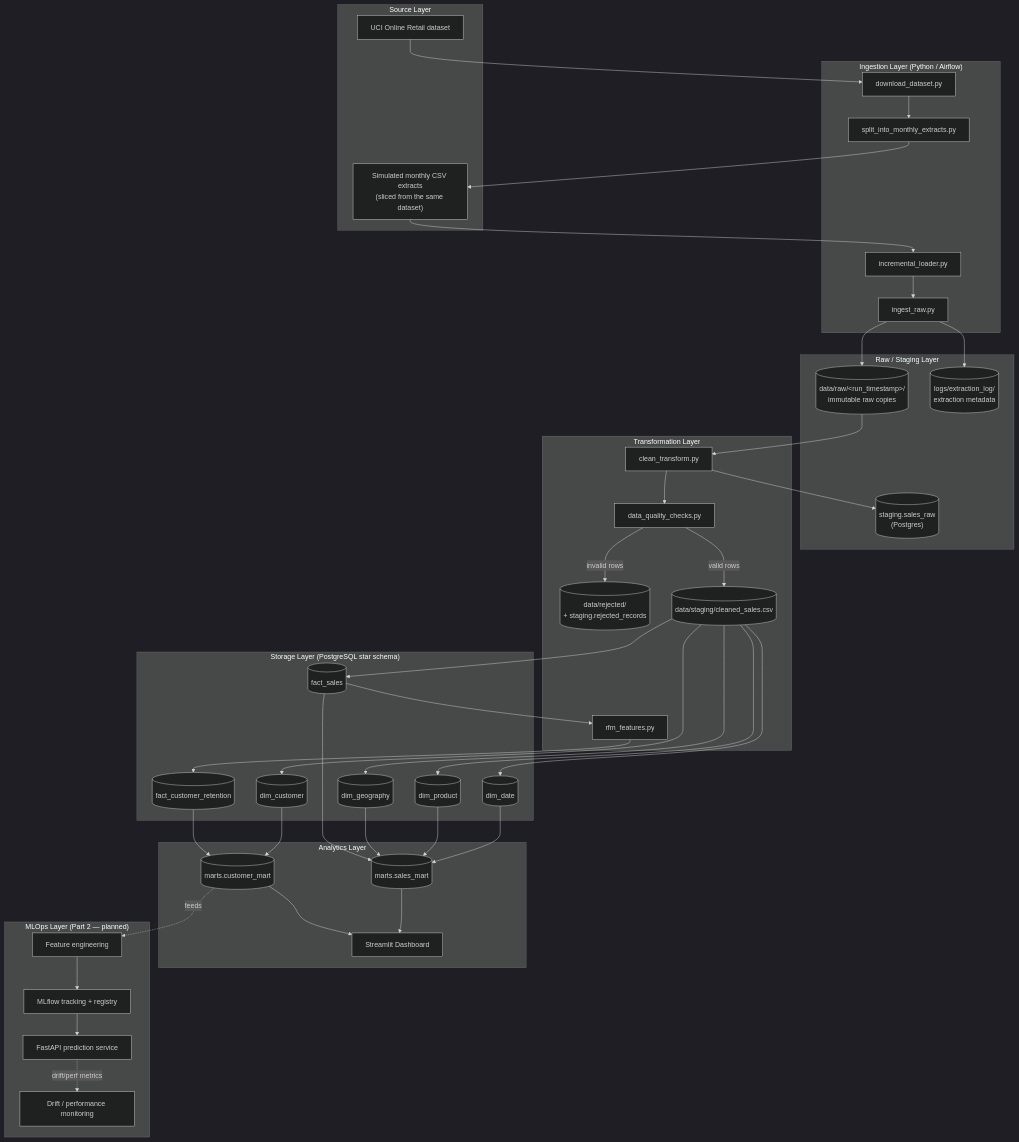
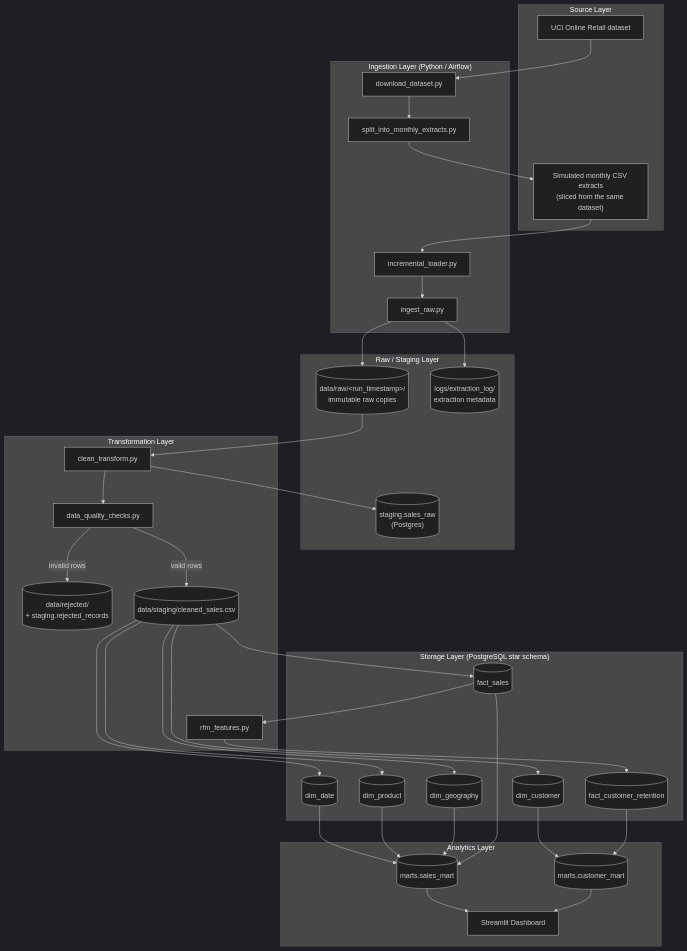
Before and after one commit to Shashank101-aiml/ecommerce-intelligence-platform: the first of 2 diagrams in docs/architecture_diagram.md, drawn with Mermaid (dark theme). The commit also changed other lines of this file and 4 other files, not shown here.

First line of the commit message:
Document Part 2: MLOps architecture, model lifecycle and report

````diff
--- a/docs/architecture_diagram.md
+++ b/docs/architecture_diagram.md
@@ -3,67 +5,57 @@
 ```mermaid
 flowchart TB
     subgraph Source["Source Layer"]
         A1[UCI Online Retail dataset]
         A2["Simulated monthly CSV extracts\n(sliced from the same dataset)"]
     end
 
     subgraph Ingestion["Ingestion Layer (Python / Airflow)"]
         B1[download_dataset.py]
         B2[split_into_monthly_extracts.py]
         B3[incremental_loader.py]
         B4[ingest_raw.py]
     end
 
     subgraph RawStaging["Raw / Staging Layer"]
         C1[("data/raw/&lt;run_timestamp&gt;/\nimmutable raw copies")]
         C2[("logs/extraction_log/\nextraction metadata")]
         C3[("staging.sales_raw\n(Postgres)")]
     end
 
     subgraph Transform["Transformation Layer"]
         D1[clean_transform.py]
         D2[data_quality_checks.py]
         D3[("data/rejected/\n+ staging.rejected_records")]
         D4[("data/staging/cleaned_sales.csv")]
         D5[rfm_features.py]
     end
 
     subgraph Storage["Storage Layer (PostgreSQL star schema)"]
         E1[(dim_date)]
         E2[(dim_customer)]
         E3[(dim_product)]
         E4[(dim_geography)]
         E5[(fact_sales)]
         E6[(fact_customer_retention)]
     end
 
     subgraph Analytics["Analytics Layer"]
         F1[(marts.sales_mart)]
         F2[(marts.customer_mart)]
         F3[Streamlit Dashboard]
     end
 
-    subgraph MLOps["MLOps Layer (Part 2 — planned)"]
-        G1[Feature engineering]
-        G2[MLflow tracking + registry]
-        G3[FastAPI prediction service]
-        G4[Drift / performance monitoring]
-    end
-
     A1 --> B1 --> B2 --> A2
     A2 --> B3 --> B4
     B4 --> C1
     B4 --> C2
     D1 --> C3
     C1 --> D1 --> D2
     D2 -- invalid rows --> D3
     D2 -- valid rows --> D4
     D4 --> E1 & E2 & E3 & E4 & E5
     E5 --> D5 --> E6
     E1 & E3 & E4 & E5 --> F1
     E2 & E6 --> F2
     F1 & F2 --> F3
-
-    F2 -. feeds .-> G1 --> G2 --> G3
-    G3 -. drift/perf metrics .-> G4
 ```
````
